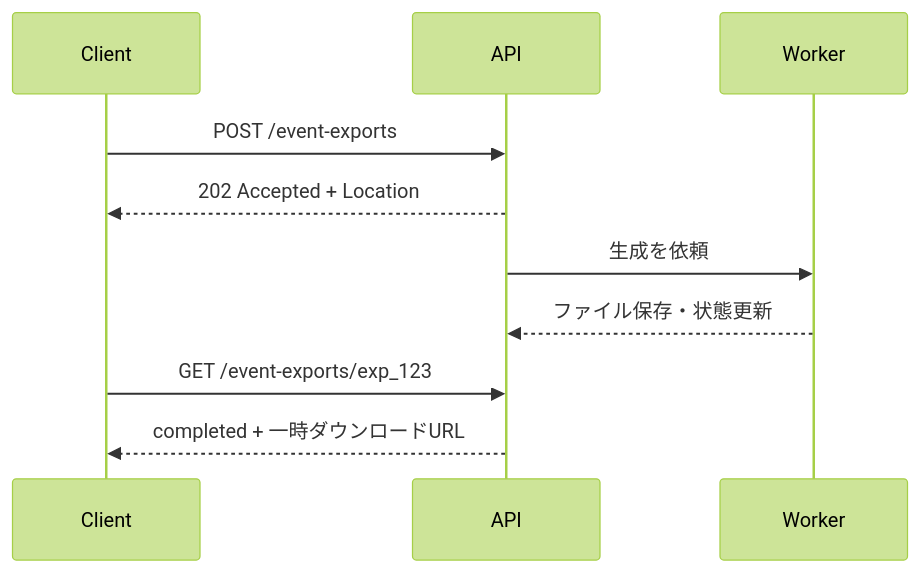
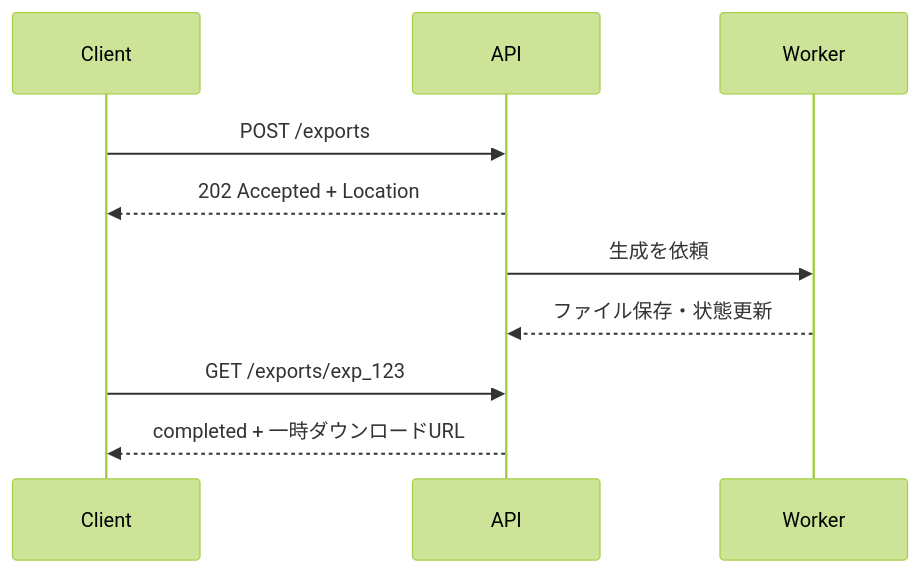
Before and after one commit to nagahara-naoki/zenn: the second of 2 diagrams in books/api-design-textbook/16-pagination-and-large-data.md, drawn with Mermaid (forest theme). The commit also changed other lines of this file and 33 other files, not shown here.

````diff
--- a/books/api-design-textbook/16-pagination-and-large-data.md
+++ b/books/api-design-textbook/16-pagination-and-large-data.md
@@ -107,12 +107,12 @@
 ```mermaid
 sequenceDiagram
     participant C as Client
     participant A as API
     participant W as Worker
-    C->>A: POST /event-exports
+    C->>A: POST /exports
     A-->>C: 202 Accepted + Location
     A->>W: 生成を依頼
     W-->>A: ファイル保存・状態更新
-    C->>A: GET /event-exports/exp_123
+    C->>A: GET /exports/exp_123
     A-->>C: completed + 一時ダウンロードURL
 ```
````
